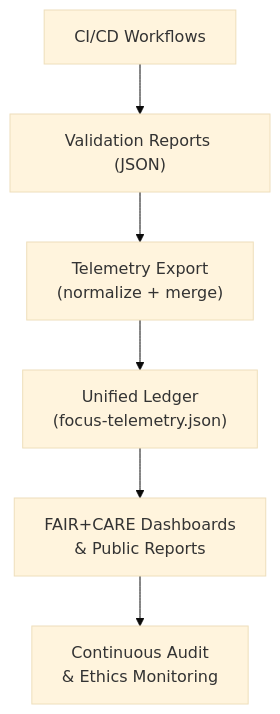
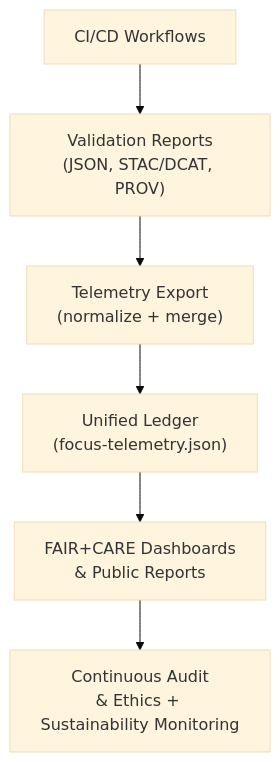
The first of 2 diagrams in docs/telemetry/README.md (bartytime4life/Kansas-Frontier-Matrix), drawn with Mermaid (base theme) before and after one commit. The commit also changed other lines of this file, not shown here.

```diff
--- a/docs/telemetry/README.md
+++ b/docs/telemetry/README.md
@@ -120,8 +142,8 @@
 ~~~mermaid
 flowchart TD
-  A["CI/CD Workflows"] --> B["Validation Reports (JSON)"]
+  A["CI/CD Workflows"] --> B["Validation Reports\n(JSON, STAC/DCAT, PROV)"]
   B --> C["Telemetry Export\n(normalize + merge)"]
   C --> D["Unified Ledger\n(focus-telemetry.json)"]
   D --> E["FAIR+CARE Dashboards\n& Public Reports"]
-  E --> F["Continuous Audit\n& Ethics Monitoring"]
+  E --> F["Continuous Audit\n& Ethics + Sustainability Monitoring"]
 ~~~
```
